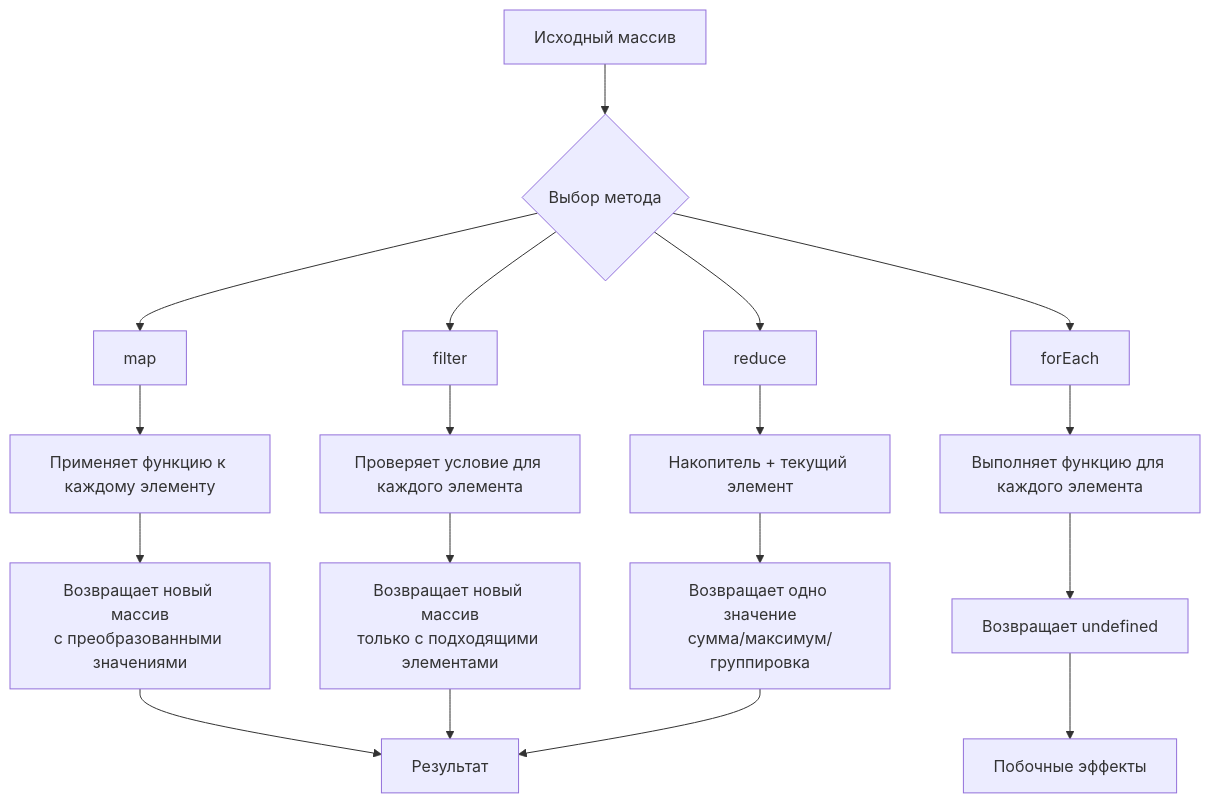
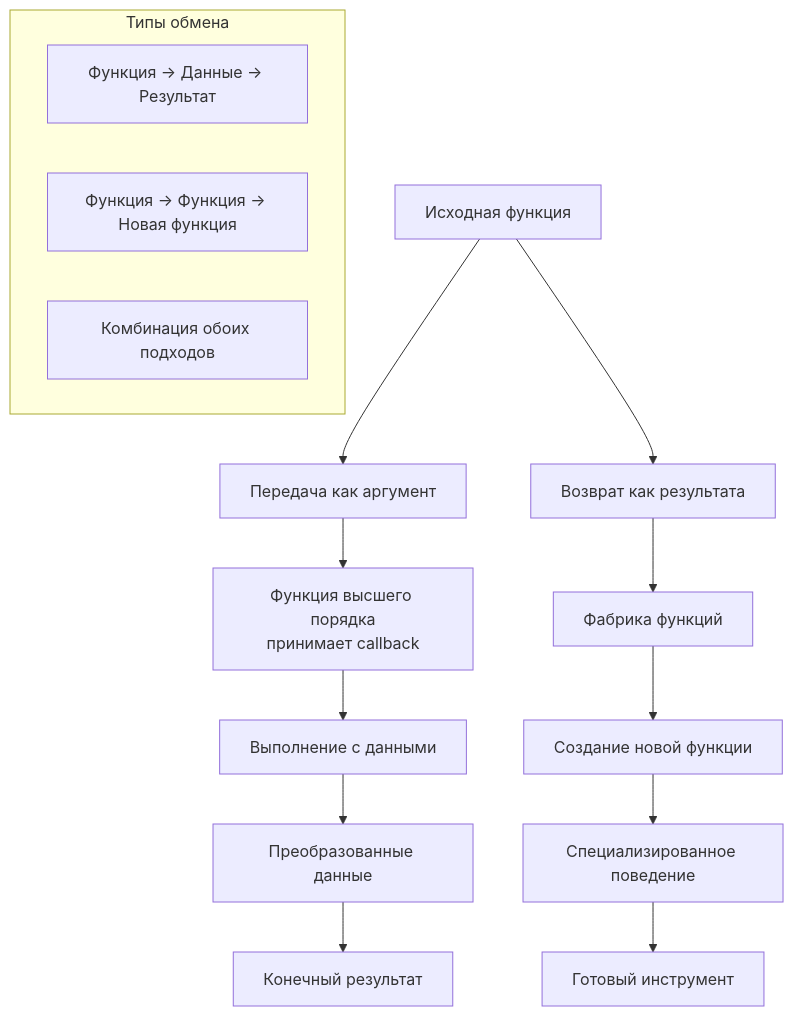
The second of 10 diagrams in module_001/high_order_functions_diagrams.md (softboxdev/javascript_frameworks), drawn with Mermaid before and after one commit. The commit also changed other lines of this file, not shown here.

````diff
--- a/module_001/high_order_functions_diagrams.md
+++ b/module_001/high_order_functions_diagrams.md
@@ -44,26 +30,22 @@
 ```mermaid
 flowchart TD
-    A[Исходный массив] --> B{Выбор метода}
+    A[Исходная функция] --> B[Передача как аргумент]
+    A --> C[Возврат как результата]
     
-    B --> C[map]
-    B --> D[filter]
-    B --> E[reduce]
-    B --> F[forEach]
+    B --> D[Функция высшего порядка<br/>принимает callback]
+    D --> E[Выполнение с данными]
+    E --> F[Преобразованные данные]
     
-    C --> C1[Применяет функцию к каждому элементу]
-    C1 --> C2[Возвращает новый массив<br/>с преобразованными значениями]
+    C --> G[Фабрика функций]
+    G --> H[Создание новой функции]
+    H --> I[Специализированное поведение]
     
-    D --> D1[Проверяет условие для каждого элемента]
-    D1 --> D2[Возвращает новый массив<br/>только с подходящими элементами]
+    F --> J[Конечный результат]
+    I --> K[Готовый инструмент]
     
-    E --> E1[Накопитель + текущий элемент]
-    E1 --> E2[Возвращает одно значение<br/>сумма/максимум/группировка]
-    
-    F --> F1[Выполняет функцию для каждого элемента]
-    F1 --> F2[Возвращает undefined]
-    
-    C2 --> G[Результат]
-    D2 --> G
-    E2 --> G
-    F2 --> H[Побочные эффекты]
+    subgraph L [Типы обмена]
+        M[Функция → Данные → Результат]
+        N[Функция → Функция → Новая функция]
+        O[Комбинация обоих подходов]
+    end
 ```
````
